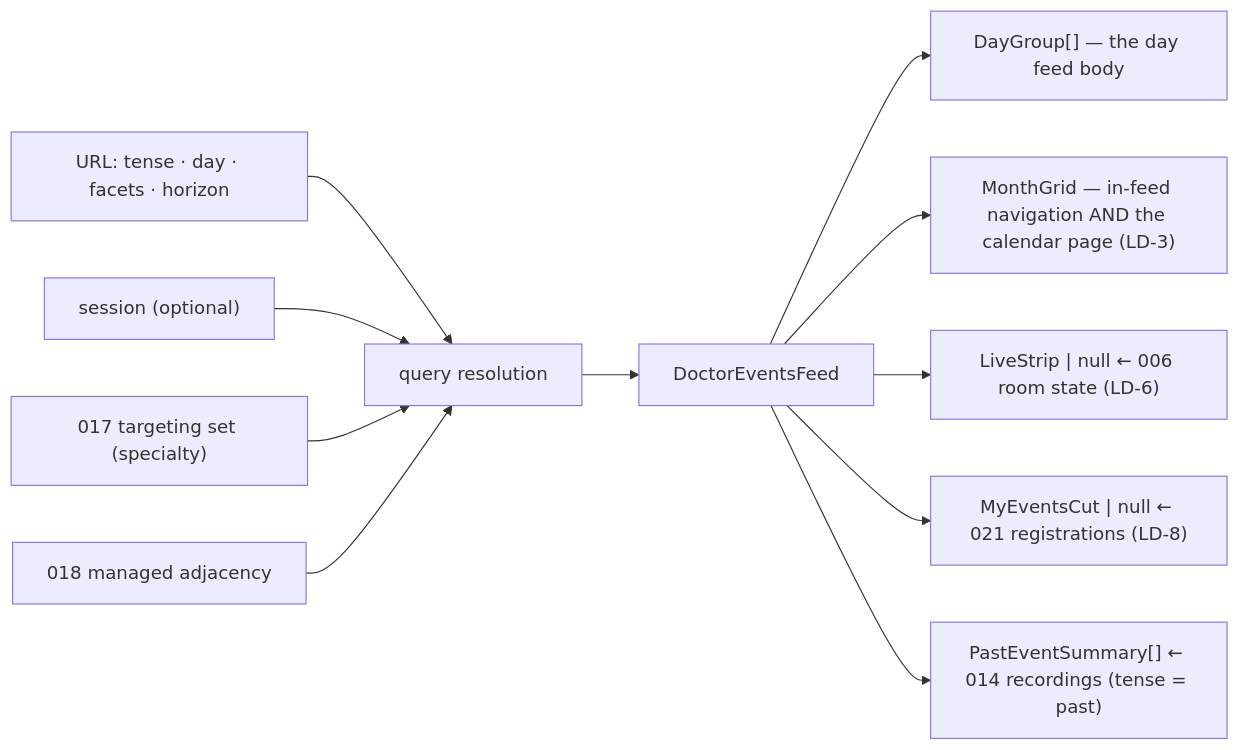
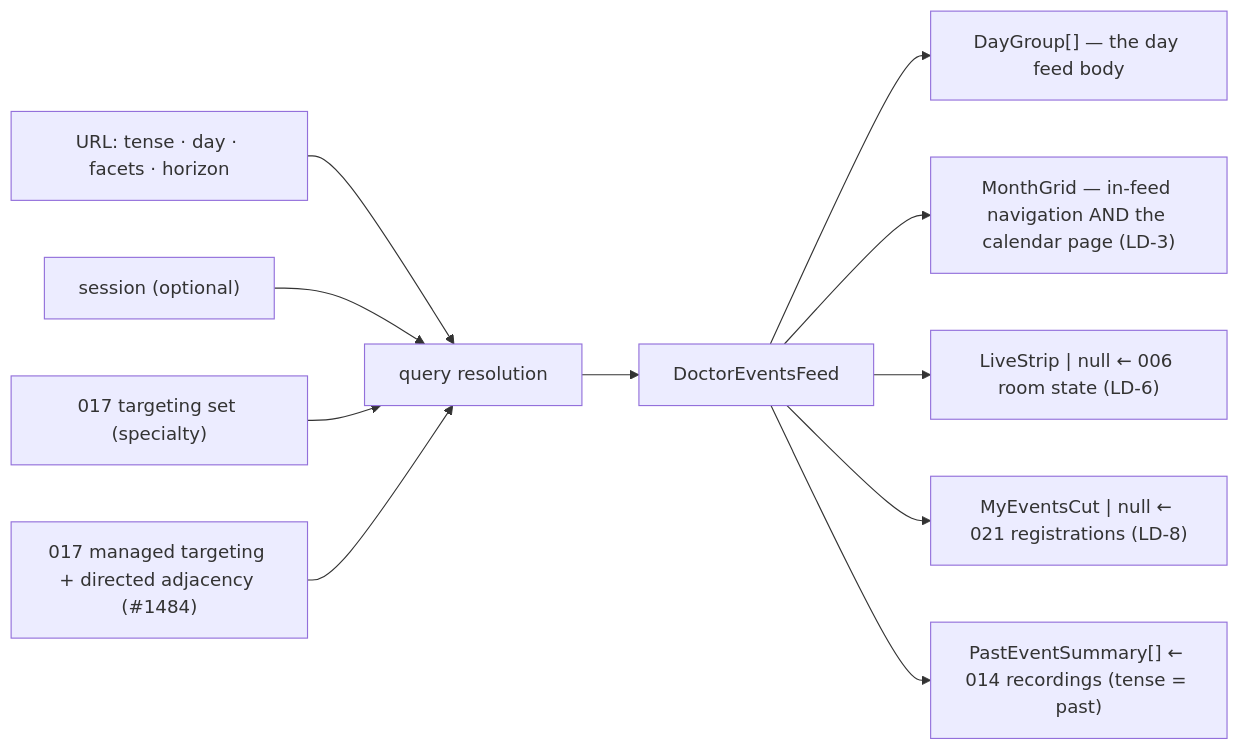
The third of 6 diagrams in apps/docs/content/specs/features/019-doctor-events-feed/019-design.md (doctor-school/ds-platform), drawn with Mermaid before and after one commit. The commit also changed other lines of this file and 11 other files, not shown here.

````diff
--- a/apps/docs/content/specs/features/019-doctor-events-feed/019-design.md
+++ b/apps/docs/content/specs/features/019-doctor-events-feed/019-design.md
@@ -66,13 +66,13 @@
 ```mermaid
 graph LR
   URL["URL: tense · day · facets · horizon"] --> Q["query resolution"]
   Sess["session (optional)"] --> Q
   T017["017 targeting set (specialty)"] --> Q
-  A018["018 managed adjacency"] --> Q
+  A017["017 managed targeting + directed adjacency (#1484)"] --> Q
   Q --> Feed["DoctorEventsFeed"]
   Feed --> Days["DayGroup[] — the day feed body"]
   Feed --> Grid["MonthGrid — in-feed navigation AND the calendar page (LD-3)"]
   Feed --> LiveM["LiveStrip | null ← 006 room state (LD-6)"]
   Feed --> MineM["MyEventsCut | null ← 021 registrations (LD-8)"]
   Feed --> Past["PastEventSummary[] ← 014 recordings (tense = past)"]
 ```
````
